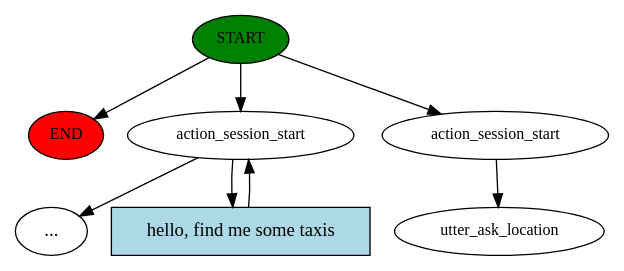
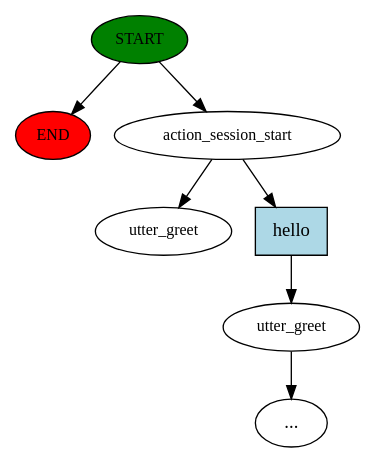
Before and after one commit to 4nshuman/Foodie_chatbot: the diagram in story_graph.dot, drawn with Graphviz. The commit also changed 8 other files, not shown here.

```diff
--- a/story_graph.dot
+++ b/story_graph.dot
@@ -1,16 +1,15 @@
 digraph  {
 0 [class="start active", fillcolor=green, fontsize=12, label=START, style=filled];
 "-1" [class=end, fillcolor=red, fontsize=12, label=END, style=filled];
-1 [class="", fontsize=12, label=action_session_start];
+1 [class=active, fontsize=12, label=action_session_start];
+2 [class="", fontsize=12, label=utter_greet];
 "-3" [class=ellipsis, label="..."];
-3 [class=active, fontsize=12, label=action_session_start];
-4 [class="dashed active", fontsize=12, label=utter_ask_location];
-5 [class=intent, fillcolor=lightblue, label="hello, find me some taxis", shape=rect, style=filled];
+4 [class="dashed active", fontsize=12, label=utter_greet];
+5 [class=intent, fillcolor=lightblue, label=hello, shape=rect, style=filled];
 0 -> "-1"  [class="", key=NONE, label=""];
-0 -> 1  [class="", key=NONE, label=""];
-0 -> 3  [class=active, key=NONE, label=""];
-1 -> "-3"  [class="", key=NONE, label=""];
+0 -> 1  [class=active, key=NONE, label=""];
+1 -> 4  [class=active, key=NONE, label=""];
 1 -> 5  [class="", key=0];
-3 -> 4  [class=active, key=NONE, label=""];
-5 -> 1  [class="", key=0];
+2 -> "-3"  [class="", key=NONE, label=""];
+5 -> 2  [class="", key=0];
 }
```
